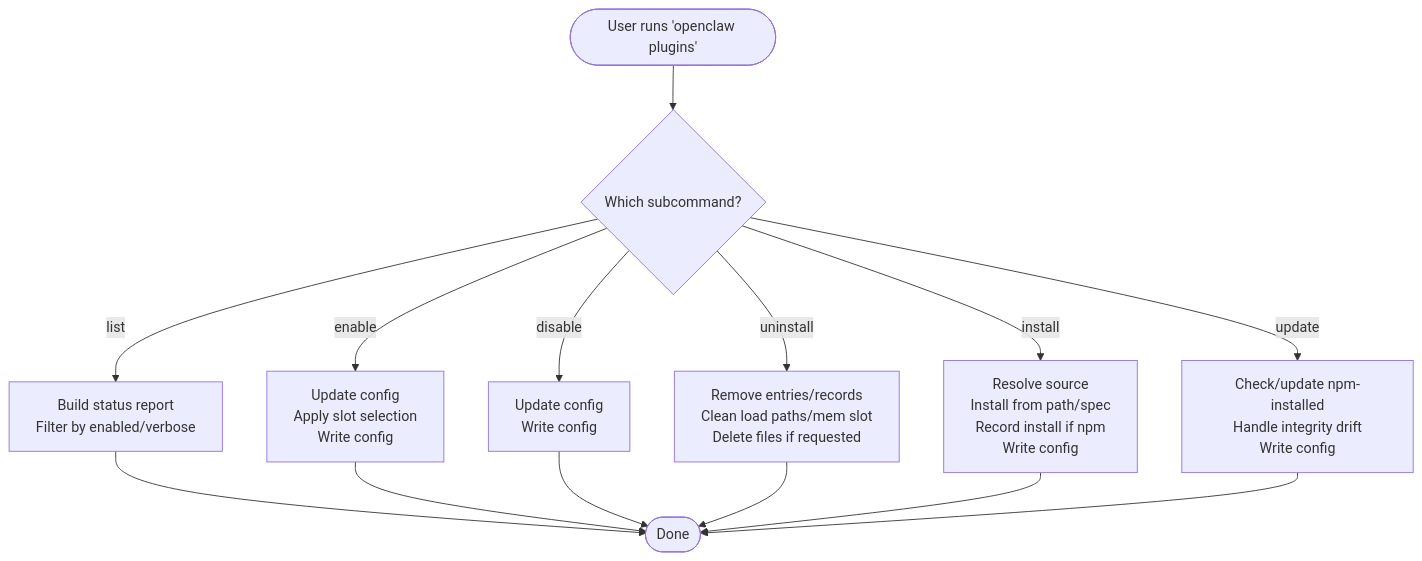
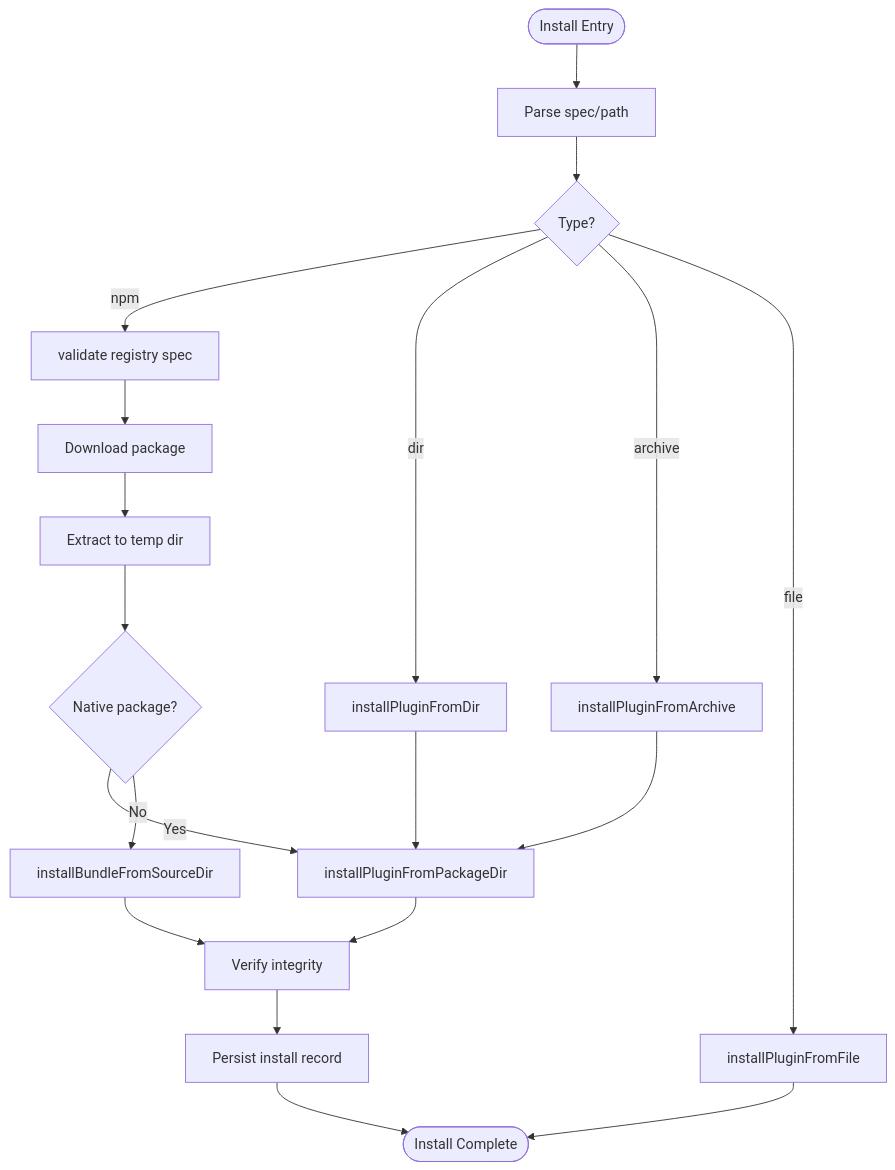
The third of 8 diagrams in repowiki/en/content/CLI Interface/Plugin Management.md (botx-work/OpenClaw-Internals), drawn with Mermaid before and after one commit. The commit also changed other lines of this file and 332 other files, not shown here.

````diff
--- a/repowiki/en/content/CLI Interface/Plugin Management.md
+++ b/repowiki/en/content/CLI Interface/Plugin Management.md
@@ -149,16 +140,21 @@
 ```mermaid
 flowchart TD
-Start([User runs 'openclaw plugins']) --> Choose{"Which subcommand?"}
-Choose --> |list| List["Build status report<br/>Filter by enabled/verbose"]
-Choose --> |enable| Enable["Update config<br/>Apply slot selection<br/>Write config"]
-Choose --> |disable| Disable["Update config<br/>Write config"]
-Choose --> |uninstall| Uninstall["Remove entries/records<br/>Clean load paths/mem slot<br/>Delete files if requested"]
-Choose --> |install| Install["Resolve source<br/>Install from path/spec<br/>Record install if npm<br/>Write config"]
-Choose --> |update| Update["Check/update npm-installed<br/>Handle integrity drift<br/>Write config"]
-List --> End([Done])
-Enable --> End
-Disable --> End
-Uninstall --> End
-Install --> End
-Update --> End
+Start(["Install Entry"]) --> ParseSpec["Parse spec/path"]
+ParseSpec --> DetectType{"Type?"}
+DetectType --> |npm| Npm["validate registry spec"]
+DetectType --> |dir| Dir["installPluginFromDir"]
+DetectType --> |archive| Arch["installPluginFromArchive"]
+DetectType --> |file| File["installPluginFromFile"]
+Npm --> Download["Download package"]
+Download --> Extract["Extract to temp dir"]
+Extract --> DetectNative{"Native package?"}
+DetectNative --> |Yes| FromPkg["installPluginFromPackageDir"]
+DetectNative --> |No| FromBundle["installBundleFromSourceDir"]
+FromPkg --> Integrity["Verify integrity"]
+FromBundle --> Integrity
+Integrity --> Save["Persist install record"]
+Save --> Done(["Install Complete"])
+Dir --> FromPkg
+Arch --> FromPkg
+File --> Done
 ```
````
